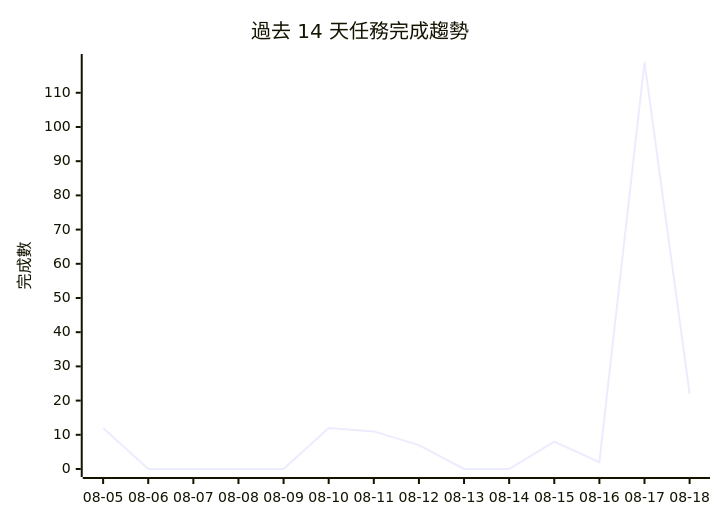
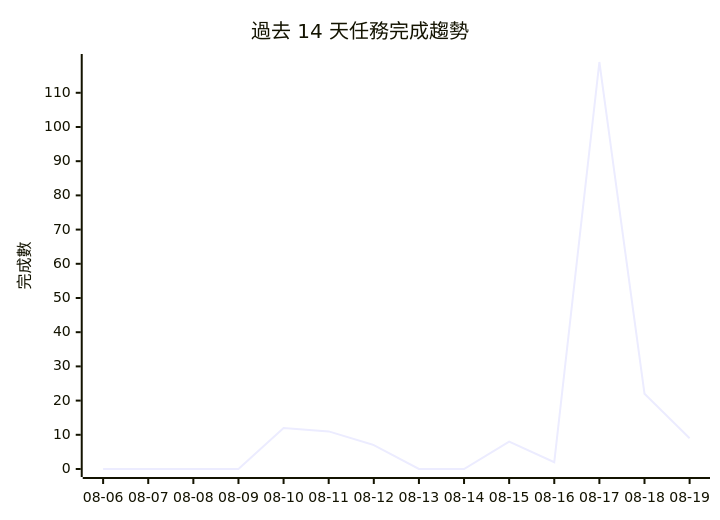
One commit to gentoobreaking/ai-tasks changed the diagram in PROJECTS.md. Above: the diagram before and after it, drawn with Mermaid. The commit also changed other lines of this file and 131 other files, not shown here.

````diff
--- a/PROJECTS.md
+++ b/PROJECTS.md
@@ -122,7 +130,7 @@
 ```mermaid
 xychart-beta
     title "過去 14 天任務完成趨勢"
-    x-axis ["08-05", "08-06", "08-07", "08-08", "08-09", "08-10", "08-11", "08-12", "08-13", "08-14", "08-15", "08-16", "08-17", "08-18"]
+    x-axis ["08-06", "08-07", "08-08", "08-09", "08-10", "08-11", "08-12", "08-13", "08-14", "08-15", "08-16", "08-17", "08-18", "08-19"]
     y-axis "完成數" 0 --> 119
-    line [12, 0, 0, 0, 0, 12, 11, 7, 0, 0, 8, 2, 119, 22]
+    line [0, 0, 0, 0, 12, 11, 7, 0, 0, 8, 2, 119, 22, 9]
 ```
````
